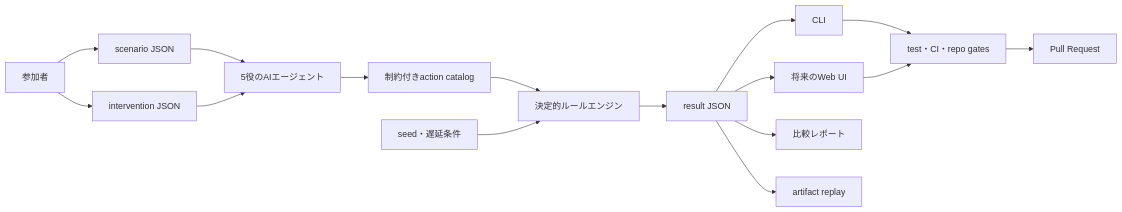
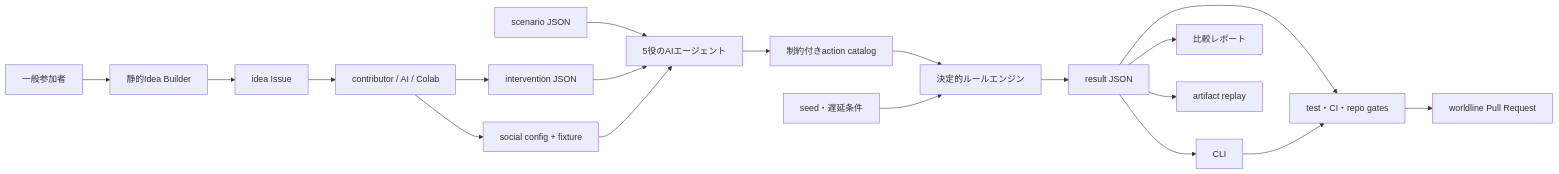
One commit to nexus-ai-2045/fiction-forks changed the diagram in docs/architecture.md. Above: the diagram before and after it, drawn with Mermaid. The commit also changed other lines of this file and 24 other files, not shown here.

````diff
--- a/docs/architecture.md
+++ b/docs/architecture.md
@@ -7,18 +7,21 @@
 ```mermaid
 flowchart LR
-    contributor["参加者"] --> scenario["scenario JSON"]
+    participant["一般参加者"] --> builder["静的Idea Builder"]
+    builder --> issue["idea Issue"]
+    issue --> contributor["contributor / AI / Colab"]
     contributor --> intervention["intervention JSON"]
-    scenario --> agents["5役のAIエージェント"]
+    contributor --> socialInput["social config + fixture"]
+    scenario["scenario JSON"] --> agents["5役のAIエージェント"]
     intervention --> agents
+    socialInput --> agents
     agents --> catalog["制約付きaction catalog"]
     catalog --> engine["決定的ルールエンジン"]
     seed["seed・遅延条件"] --> engine
     engine --> result["result JSON"]
     result --> cli["CLI"]
-    result --> web["将来のWeb UI"]
+    result --> checks["PR check summary"]
     result --> report["比較レポート"]
     result --> replay["artifact replay"]
     cli --> checks["test・CI・repo gates"]
-    web --> checks
-    checks --> pullRequest["Pull Request"]
+    checks --> pullRequest["worldline Pull Request"]
 ```
````
